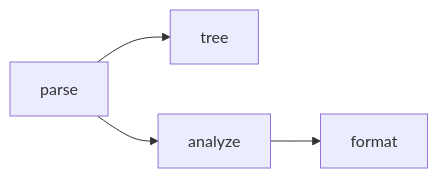
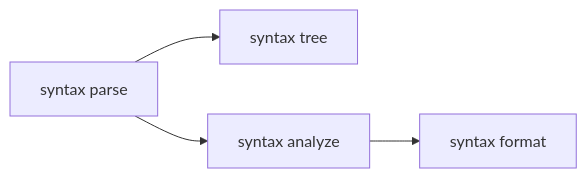
Before and after one commit to Cyber-Nomad-Collective/beskid: the diagram in site/website/src/content/docs/book/01-it-works-on-my-machine/first-smoke-test.md, drawn with Mermaid. The commit also changed other lines of this file and 1455 other files, not shown here.

````diff
--- a/site/website/src/content/docs/book/01-it-works-on-my-machine/first-smoke-test.md
+++ b/site/website/src/content/docs/book/01-it-works-on-my-machine/first-smoke-test.md
@@ -56,6 +56,6 @@
 ```mermaid
 flowchart LR
-  parse[parse] --> tree[tree]
-  parse --> analyze[analyze]
-  analyze --> format[format]
+  parse[syntax parse] --> tree[syntax tree]
+  parse --> analyze[syntax analyze]
+  analyze --> format[syntax format]
 ```
````
